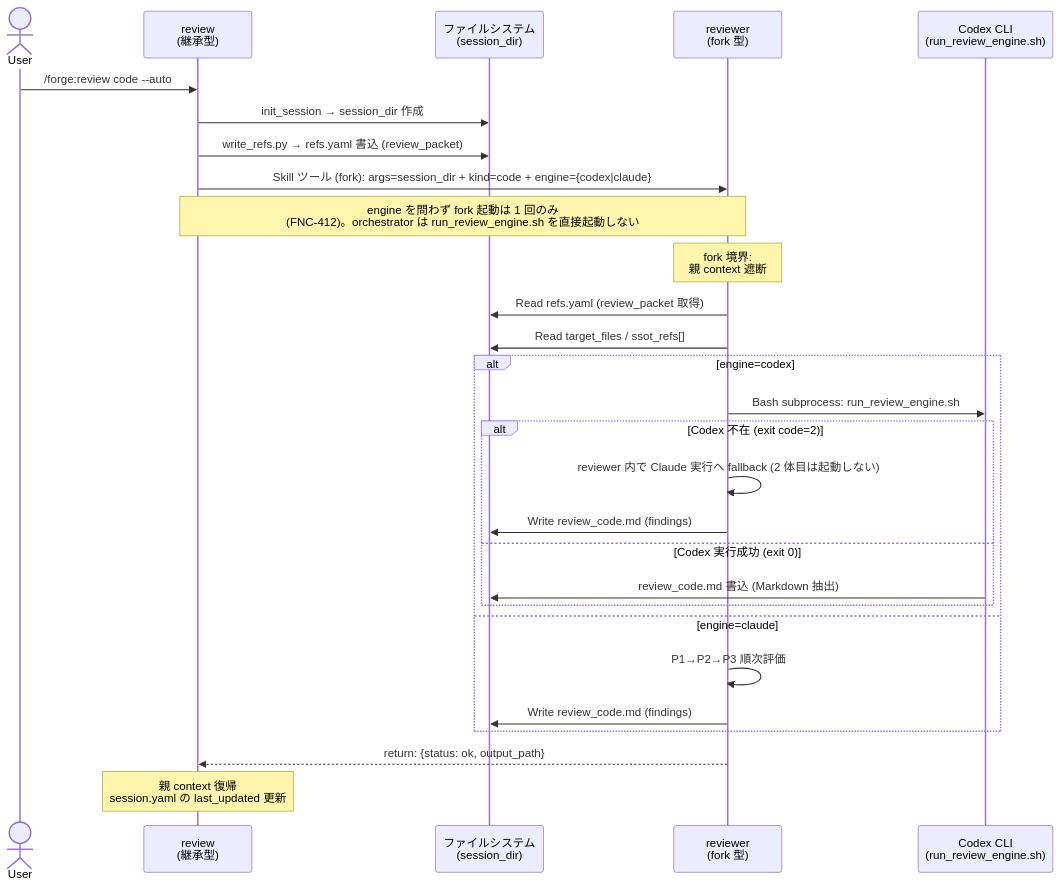
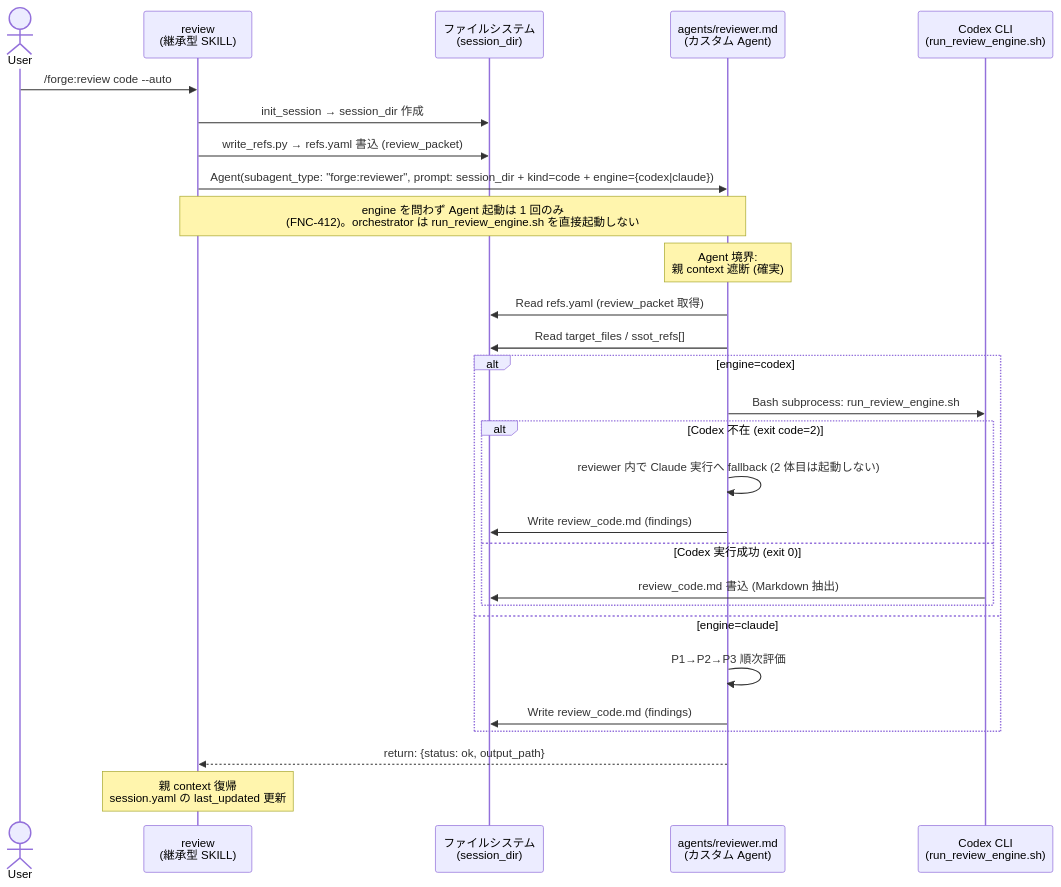
Before and after one commit to BlueEventHorizon/bw-cc-plugins: the third of 4 diagrams in docs/specs/forge/design/DES-029_skill_agent_launch_contract_design.md, drawn with Mermaid. The commit also changed other lines of this file and 19 other files, not shown here.

First line of the commit message:
chore(no-fork-skill): TASK-017 merge-specs fold (REQ-006/DES-032 を既存 spec へ統合)

````diff
--- a/docs/specs/forge/design/DES-029_skill_agent_launch_contract_design.md
+++ b/docs/specs/forge/design/DES-029_skill_agent_launch_contract_design.md
@@ -206,31 +269,31 @@
 ```mermaid
 sequenceDiagram
     actor User
-    participant Review as review<br/>(継承型)
+    participant Review as review<br/>(継承型 SKILL)
     participant FS as ファイルシステム<br/>(session_dir)
-    participant Reviewer as reviewer<br/>(fork 型)
+    participant Reviewer as agents/reviewer.md<br/>(カスタム Agent)
     participant Codex as Codex CLI<br/>(run_review_engine.sh)
 
     User->>Review: /forge:review code --auto
     Review->>FS: init_session → session_dir 作成
     Review->>FS: write_refs.py → refs.yaml 書込 (review_packet)
-    Review->>Reviewer: Skill ツール (fork): args=session_dir + kind=code + engine={codex|claude}
-    Note over Review,Reviewer: engine を問わず fork 起動は 1 回のみ<br/>(FNC-412)。orchestrator は run_review_engine.sh を直接起動しない
-    Note over Reviewer: fork 境界:<br/>親 context 遮断
+    Review->>Reviewer: Agent(subagent_type: "forge:reviewer", prompt: session_dir + kind=code + engine={codex|claude})
+    Note over Review,Reviewer: engine を問わず Agent 起動は 1 回のみ<br/>(FNC-412)。orchestrator は run_review_engine.sh を直接起動しない
+    Note over Reviewer: Agent 境界:<br/>親 context 遮断 (確実)
     Reviewer->>FS: Read refs.yaml (review_packet 取得)
     Reviewer->>FS: Read target_files / ssot_refs[]
     alt engine=codex
         Reviewer->>Codex: Bash subprocess: run_review_engine.sh
         alt Codex 不在 (exit code=2)
             Reviewer->>Reviewer: reviewer 内で Claude 実行へ fallback (2 体目は起動しない)
             Reviewer->>FS: Write review_code.md (findings)
         else Codex 実行成功 (exit 0)
             Codex->>FS: review_code.md 書込 (Markdown 抽出)
         end
     else engine=claude
         Reviewer->>Reviewer: P1→P2→P3 順次評価
         Reviewer->>FS: Write review_code.md (findings)
     end
     Reviewer-->>Review: return: {status: ok, output_path}
     Note over Review: 親 context 復帰<br/>session.yaml の last_updated 更新
 ```
````
